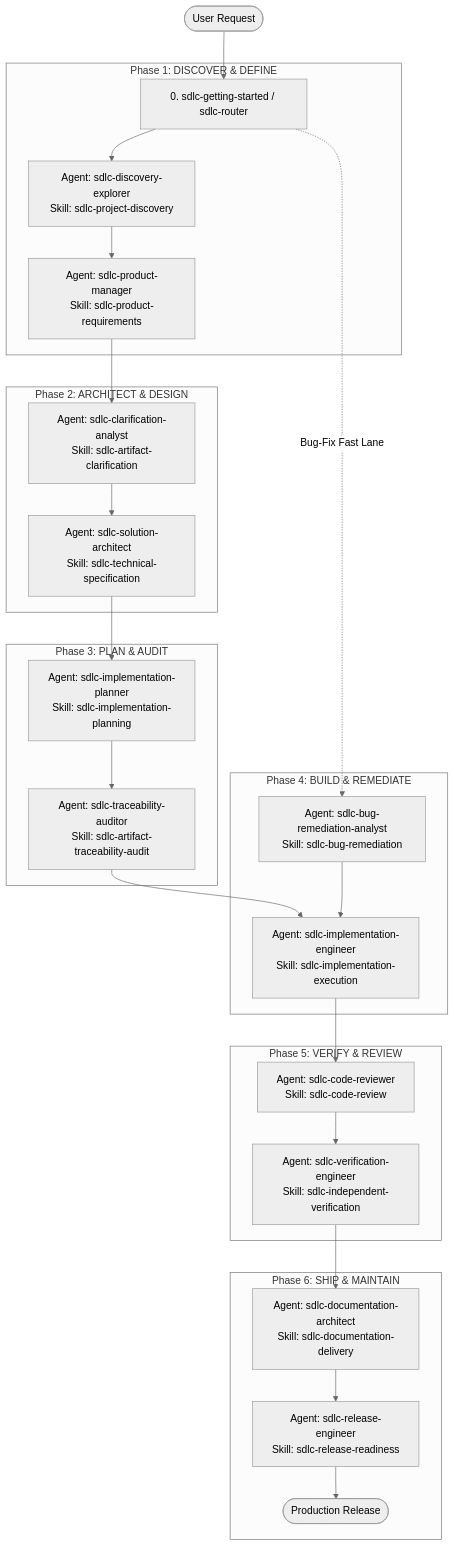
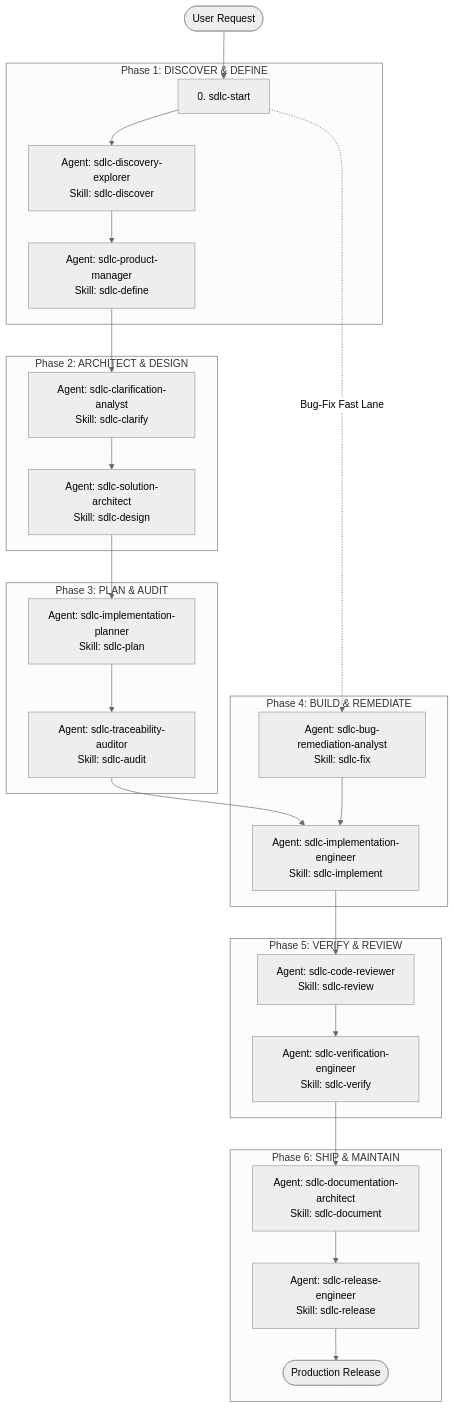
One commit to coderbuzz/agent-toolkit changed the diagram in README.md. Above: the diagram before and after it, drawn with Mermaid (neutral theme). The commit also changed other lines of this file and 716 other files, not shown here.

Commit message:
refactor: rename skills to verb-first convention and merge router into sdlc-start

````diff
--- a/README.md
+++ b/README.md
@@ -78,36 +78,36 @@
 ```mermaid
 flowchart TD
-    Start([User Request]) --> Router["0. sdlc-getting-started / sdlc-router"]
+    Start([User Request]) --> Router["0. sdlc-start"]
     
     subgraph Phase 1: DISCOVER & DEFINE
-        Router --> Explorer["Agent: sdlc-discovery-explorer\nSkill: sdlc-project-discovery"]
-        Explorer --> PM["Agent: sdlc-product-manager\nSkill: sdlc-product-requirements"]
+        Router --> Explorer["Agent: sdlc-discovery-explorer\nSkill: sdlc-discover"]
+        Explorer --> PM["Agent: sdlc-product-manager\nSkill: sdlc-define"]
     end
     
     subgraph Phase 2: ARCHITECT & DESIGN
-        PM --> Clarify["Agent: sdlc-clarification-analyst\nSkill: sdlc-artifact-clarification"]
-        Clarify --> Architect["Agent: sdlc-solution-architect\nSkill: sdlc-technical-specification"]
+        PM --> Clarify["Agent: sdlc-clarification-analyst\nSkill: sdlc-clarify"]
+        Clarify --> Architect["Agent: sdlc-solution-architect\nSkill: sdlc-design"]
     end
     
     subgraph Phase 3: PLAN & AUDIT
-        Architect --> Planner["Agent: sdlc-implementation-planner\nSkill: sdlc-implementation-planning"]
-        Planner --> Auditor["Agent: sdlc-traceability-auditor\nSkill: sdlc-artifact-traceability-audit"]
+        Architect --> Planner["Agent: sdlc-implementation-planner\nSkill: sdlc-plan"]
+        Planner --> Auditor["Agent: sdlc-traceability-auditor\nSkill: sdlc-audit"]
     end
     
     subgraph Phase 4: BUILD & REMEDIATE
-        Auditor --> Engineer["Agent: sdlc-implementation-engineer\nSkill: sdlc-implementation-execution"]
-        Router -. Bug-Fix Fast Lane .-> BugAnalyst["Agent: sdlc-bug-remediation-analyst\nSkill: sdlc-bug-remediation"]
+        Auditor --> Engineer["Agent: sdlc-implementation-engineer\nSkill: sdlc-implement"]
+        Router -. Bug-Fix Fast Lane .-> BugAnalyst["Agent: sdlc-bug-remediation-analyst\nSkill: sdlc-fix"]
         BugAnalyst --> Engineer
     end
     
     subgraph Phase 5: VERIFY & REVIEW
-        Engineer --> Reviewer["Agent: sdlc-code-reviewer\nSkill: sdlc-code-review"]
-        Reviewer --> Verifier["Agent: sdlc-verification-engineer\nSkill: sdlc-independent-verification"]
+        Engineer --> Reviewer["Agent: sdlc-code-reviewer\nSkill: sdlc-review"]
+        Reviewer --> Verifier["Agent: sdlc-verification-engineer\nSkill: sdlc-verify"]
     end
     
     subgraph Phase 6: SHIP & MAINTAIN
-        Verifier --> DocArch["Agent: sdlc-documentation-architect\nSkill: sdlc-documentation-delivery"]
-        DocArch --> ReleaseEng["Agent: sdlc-release-engineer\nSkill: sdlc-release-readiness"]
+        Verifier --> DocArch["Agent: sdlc-documentation-architect\nSkill: sdlc-document"]
+        DocArch --> ReleaseEng["Agent: sdlc-release-engineer\nSkill: sdlc-release"]
         ReleaseEng --> Done([Production Release])
     end
 ```
````
